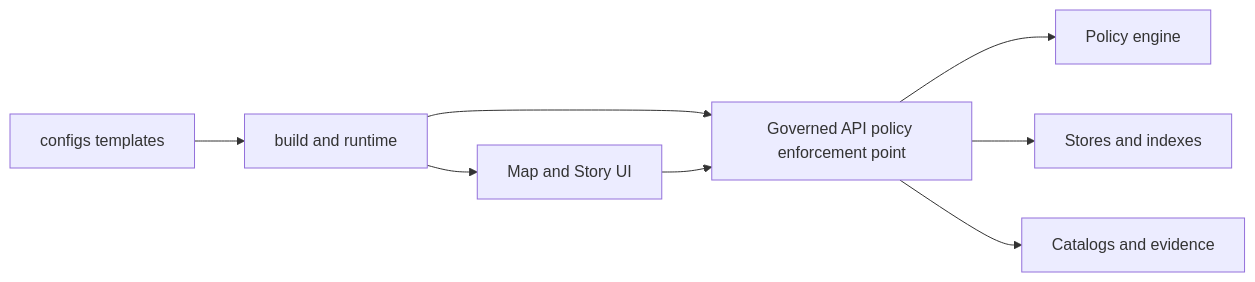
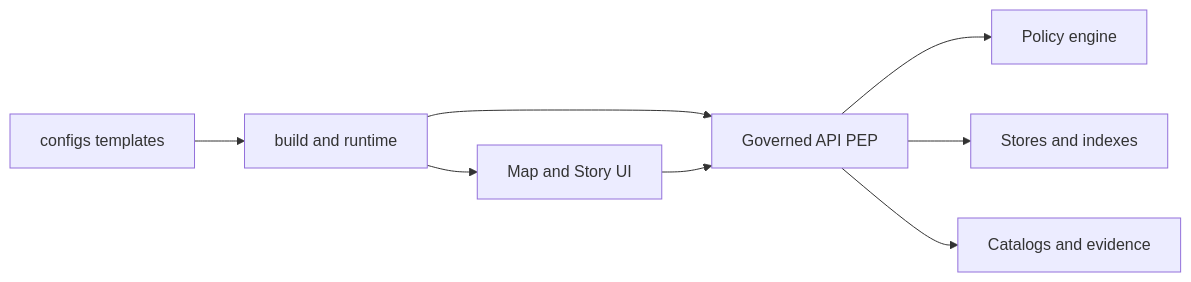
The diagram in configs/README.md (bartytime4life/Kansas-Frontier-Matrix), drawn with Mermaid before and after one commit. The commit also changed other lines of this file, not shown here.

````diff
--- a/configs/README.md
+++ b/configs/README.md
@@ -138,10 +199,10 @@
 ```mermaid
 flowchart LR
   cfg[configs templates] --> build[build and runtime]
   build --> ui[Map and Story UI]
-  build --> pep[Governed API policy enforcement point]
-  ui --> pep
-  pep --> policy[Policy engine]
-  pep --> stores[Stores and indexes]
-  pep --> cats[Catalogs and evidence]
+  build --> api[Governed API PEP]
+  ui --> api
+  api --> pol[Policy engine]
+  api --> stores[Stores and indexes]
+  api --> cats[Catalogs and evidence]
 ```
````
